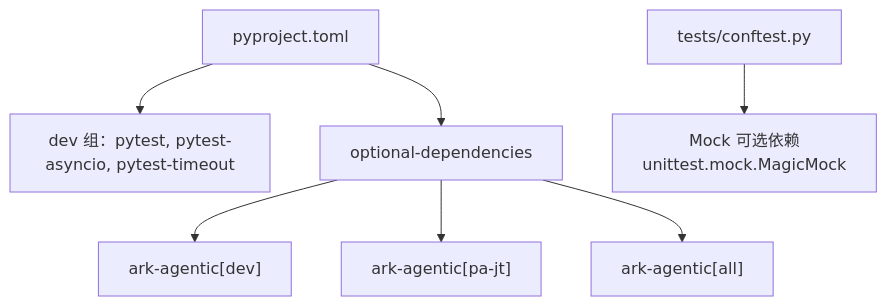
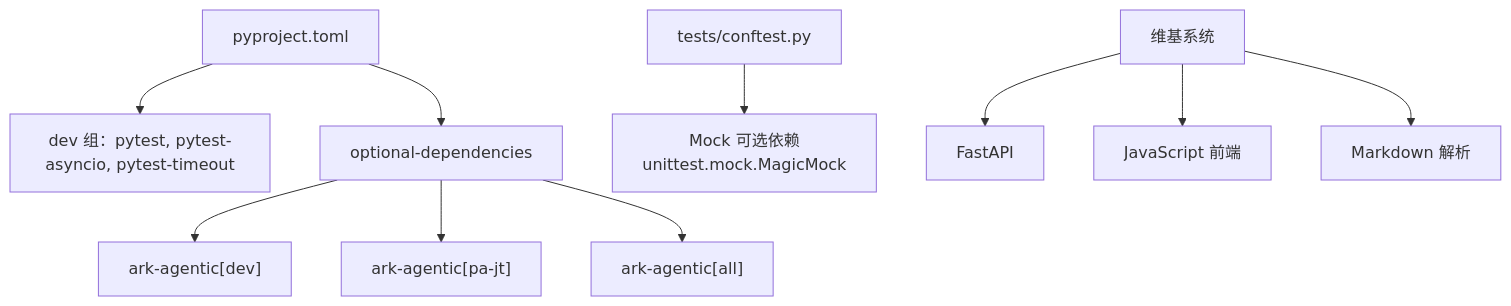
Before and after one commit to YU-JI-KUI/ark-agentic: the tenth of 10 diagrams in repowiki/zh/content/测试策略/测试策略.md, drawn with Mermaid. The commit also changed other lines of this file and 10 other files, not shown here.

````diff
--- a/repowiki/zh/content/测试策略/测试策略.md
+++ b/repowiki/zh/content/测试策略/测试策略.md
@@ -307,9 +425,12 @@
 ```mermaid
 graph TB
 P["pyproject.toml"] --> Dev["dev 组：pytest, pytest-asyncio, pytest-timeout"]
 P --> Optional["optional-dependencies"]
 Optional --> DevGroup["ark-agentic[dev]"]
 Optional --> PJT["ark-agentic[pa-jt]"]
 Optional --> All["ark-agentic[all]"]
 C["tests/conftest.py"] --> Mocks["Mock 可选依赖unittest.mock.MagicMock"]
+WS["维基系统"] --> FastAPI["FastAPI"]
+WS --> JS["JavaScript 前端"]
+WS --> MD["Markdown 解析"]
 ```
````
